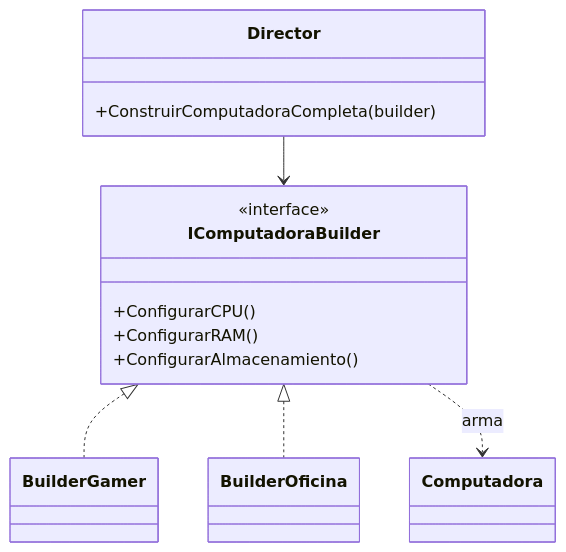
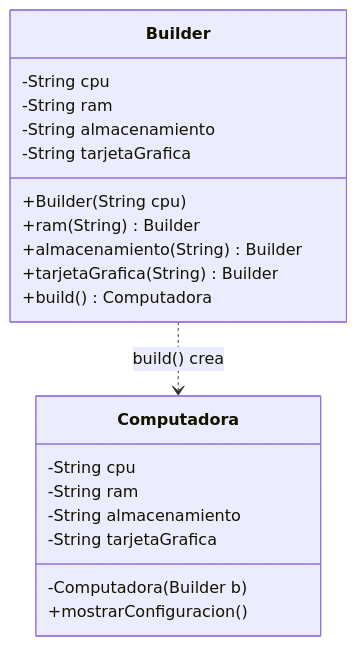
The diagram in 03 - Builder/README.md (carevalomx69/DesignPatterns), drawn with Mermaid before and after one commit. The commit also changed other lines of this file and 5 other files, not shown here.

````diff
--- a/03 - Builder/README.md
+++ b/03 - Builder/README.md
@@ -19,19 +35,23 @@
 ```mermaid
 classDiagram
-    class Computadora
-    class IComputadoraBuilder {
-        <<interface>>
-        +ConfigurarCPU()
-        +ConfigurarRAM()
-        +ConfigurarAlmacenamiento()
+    class Computadora {
+        -String cpu
+        -String ram
+        -String almacenamiento
+        -String tarjetaGrafica
+        -Computadora(Builder b)
+        +mostrarConfiguracion()
     }
-    class BuilderGamer
-    class BuilderOficina
-    class Director {
-        +ConstruirComputadoraCompleta(builder)
+    class Builder {
+        -String cpu
+        -String ram
+        -String almacenamiento
+        -String tarjetaGrafica
+        +Builder(String cpu)
+        +ram(String) Builder
+        +almacenamiento(String) Builder
+        +tarjetaGrafica(String) Builder
+        +build() Computadora
     }
-    IComputadoraBuilder <|.. BuilderGamer
-    IComputadoraBuilder <|.. BuilderOficina
-    Director --> IComputadoraBuilder
-    IComputadoraBuilder ..> Computadora : arma
+    Builder ..> Computadora : build() crea
 ```
````
